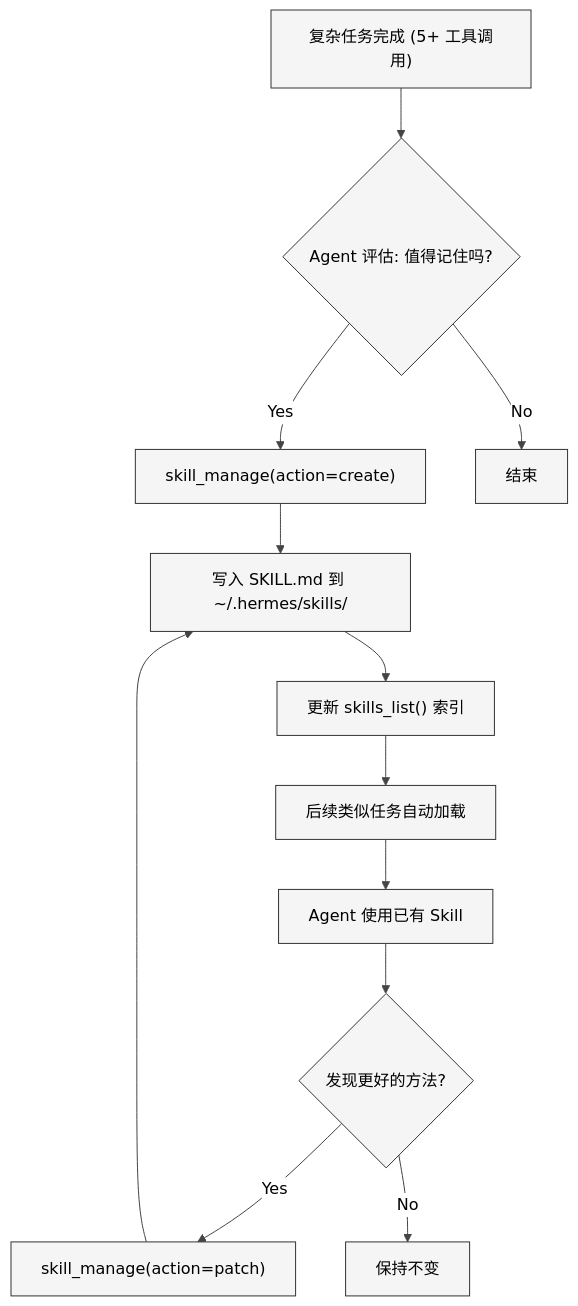
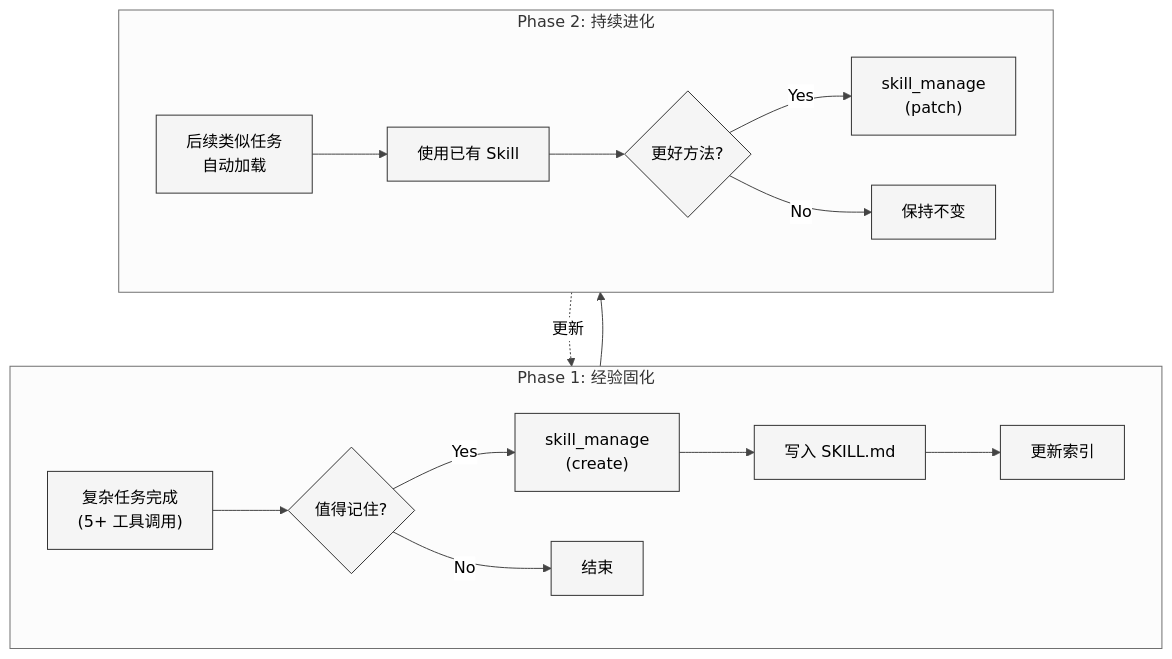
One commit to xiaonancs/hermes-agent-study changed the fourth of 7 diagrams in 总纲-Hermes-Agent技术主线分析.md. Above: the diagram before and after it, drawn with Mermaid. The commit also changed other lines of this file and 32 other files, not shown here.

First line of the commit message:
Mermaid 图表修复：白色背景板 + 长宽比优化

````diff
--- a/总纲-Hermes-Agent技术主线分析.md
+++ b/总纲-Hermes-Agent技术主线分析.md
@@ -301,16 +301,23 @@
 ```mermaid
 %%{init: {'theme': 'neutral', 'themeVariables': {'background': '#ffffff', 'primaryColor': '#f5f5f5', 'primaryTextColor': '#000000', 'primaryBorderColor': '#333333', 'lineColor': '#444444', 'textColor': '#000000', 'mainBkg': '#f5f5f5', 'nodeBorder': '#333333', 'edgeLabelBackground': '#ffffff'}}}%%
 flowchart TD
-    TASK["复杂任务完成 (5+ 工具调用)"] --> EVAL{"Agent 评估: 值得记住吗?"}
-    EVAL -->|Yes| CREATE["skill_manage(action=create)"]
-    EVAL -->|No| DONE["结束"]
-    CREATE --> WRITE["写入 SKILL.md 到 ~/.hermes/skills/"]
-    WRITE --> INDEX["更新 skills_list() 索引"]
-    INDEX --> FUTURE["后续类似任务自动加载"]
-    
-    FUTURE --> USE["Agent 使用已有 Skill"]
-    USE --> BETTER{"发现更好的方法?"}
-    BETTER -->|Yes| PATCH["skill_manage(action=patch)"]
-    BETTER -->|No| KEEP["保持不变"]
-    PATCH --> WRITE
+    subgraph phase1 ["Phase 1: 经验固化"]
+        direction LR
+        TASK["复杂任务完成<br/>(5+ 工具调用)"] --> EVAL{"值得记住?"}
+        EVAL -->|Yes| CREATE["skill_manage<br/>(create)"]
+        EVAL -->|No| DONE["结束"]
+        CREATE --> WRITE["写入 SKILL.md"]
+        WRITE --> INDEX["更新索引"]
+    end
+
+    subgraph phase2 ["Phase 2: 持续进化"]
+        direction LR
+        FUTURE["后续类似任务<br/>自动加载"] --> USE["使用已有 Skill"]
+        USE --> BETTER{"更好方法?"}
+        BETTER -->|Yes| PATCH["skill_manage<br/>(patch)"]
+        BETTER -->|No| KEEP["保持不变"]
+    end
+
+    INDEX --> FUTURE
+    PATCH -.->|"更新"| WRITE
 ```
````
